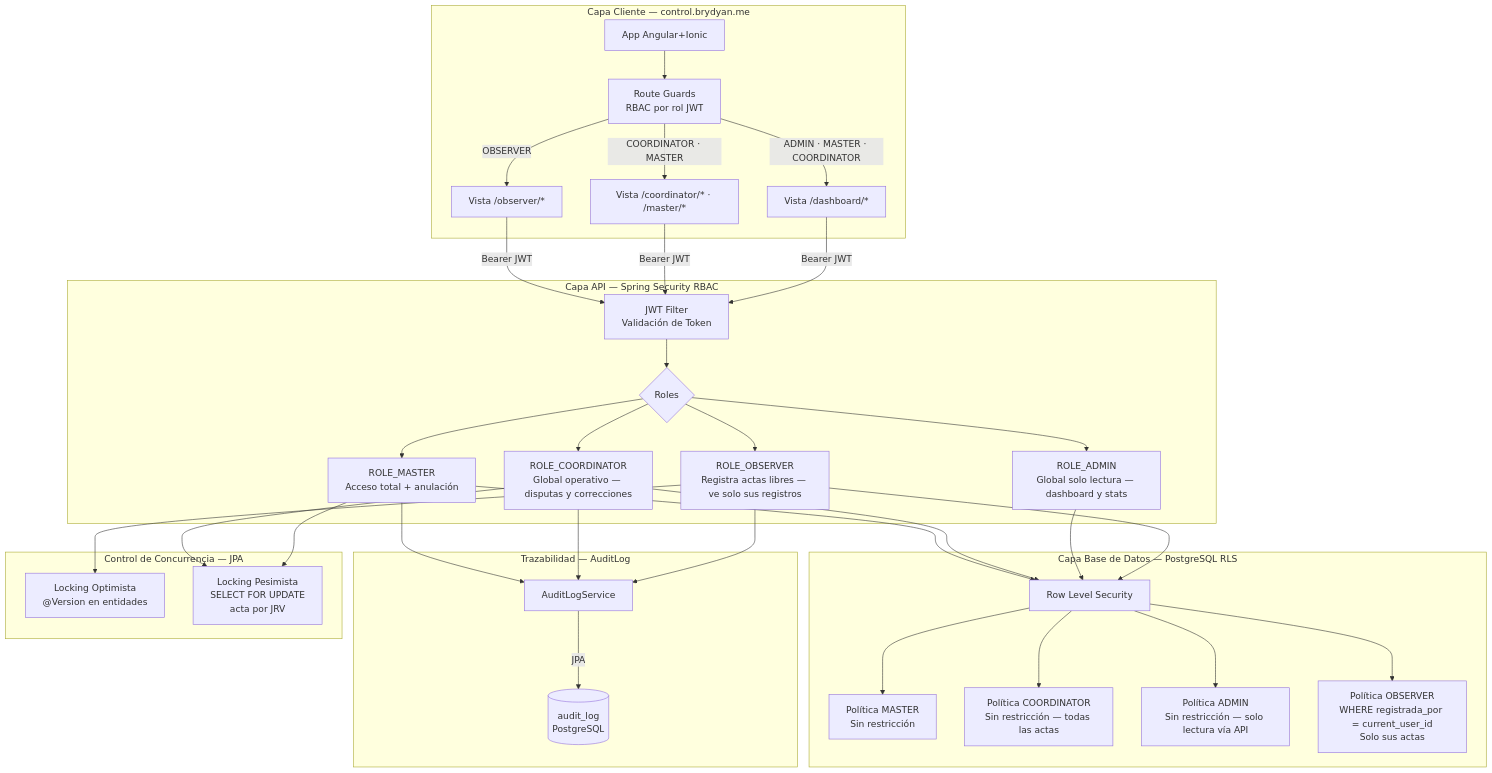
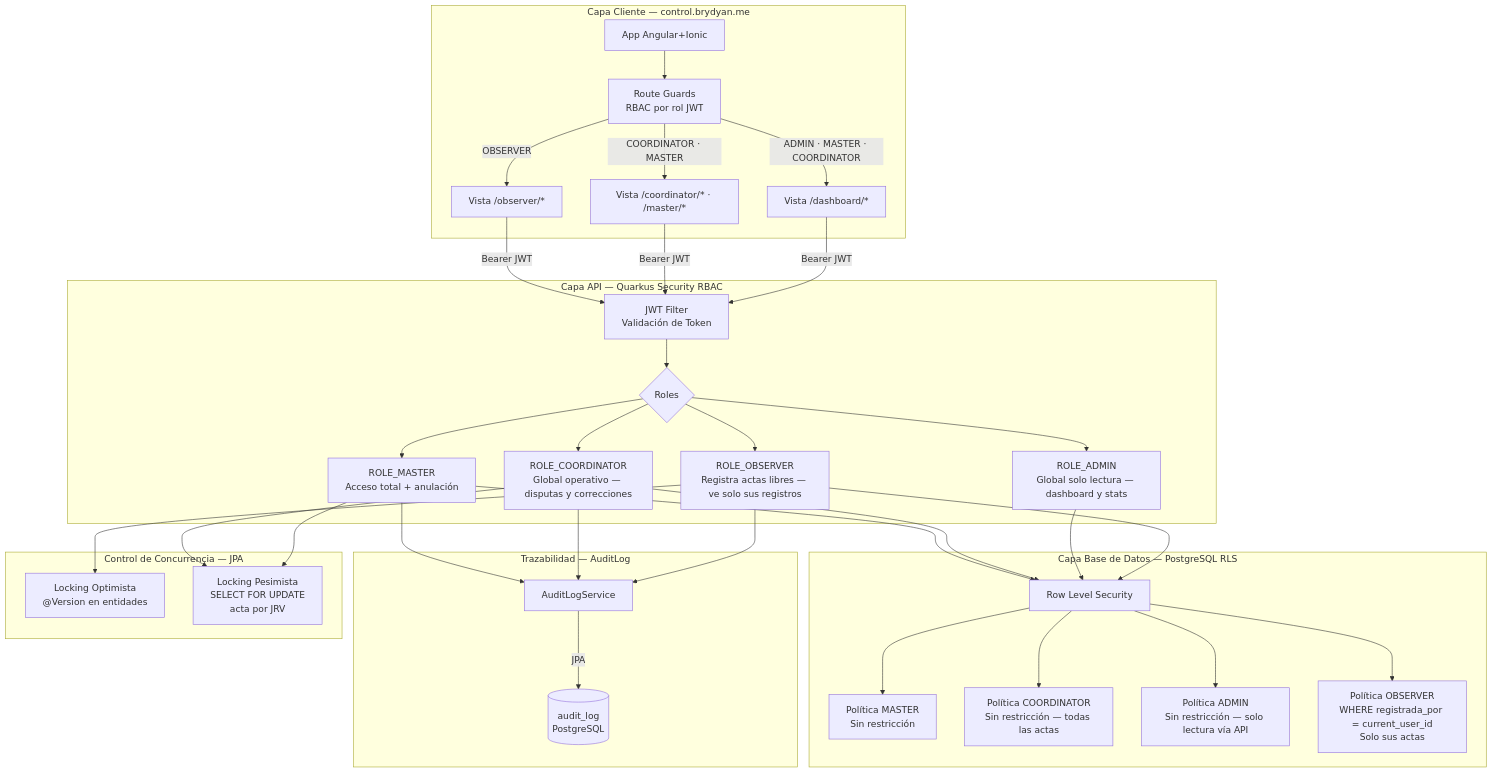
The diagram in documents/diagram/04-security.md (Brydyan/Control-s-Elector), drawn with Mermaid before and after one commit. The commit also changed 46 other files, not shown here.

````diff
--- a/documents/diagram/04-security.md
+++ b/documents/diagram/04-security.md
@@ -5,71 +5,71 @@
 ```mermaid
 graph TD
     subgraph CLIENT["Capa Cliente — control.brydyan.me"]
         APP[App Angular+Ionic]
         GUARD[Route Guards<br/>RBAC por rol JWT]
         V_OBS[Vista /observer/*]
         V_COORD[Vista /coordinator/* · /master/*]
         V_DASH[Vista /dashboard/*]
 
         APP --> GUARD
         GUARD -->|OBSERVER| V_OBS
         GUARD -->|COORDINATOR · MASTER| V_COORD
         GUARD -->|ADMIN · MASTER · COORDINATOR| V_DASH
     end
 
-    subgraph API_SEC["Capa API — Spring Security RBAC"]
+    subgraph API_SEC["Capa API — Quarkus Security RBAC"]
         JWT[JWT Filter<br/>Validación de Token]
         ROLES{Roles}
         R_MASTER[ROLE_MASTER<br/>Acceso total + anulación]
         R_COORD[ROLE_COORDINATOR<br/>Global operativo — disputas y correcciones]
         R_ADMIN[ROLE_ADMIN<br/>Global solo lectura — dashboard y stats]
         R_OBS[ROLE_OBSERVER<br/>Registra actas libres — ve solo sus registros]
 
         JWT --> ROLES
         ROLES --> R_MASTER
         ROLES --> R_COORD
         ROLES --> R_ADMIN
         ROLES --> R_OBS
     end
 
     subgraph DB_SEC["Capa Base de Datos — PostgreSQL RLS"]
         RLS[Row Level Security]
         POL_MASTER[Política MASTER<br/>Sin restricción]
         POL_COORD[Política COORDINATOR<br/>Sin restricción — todas las actas]
         POL_ADMIN[Política ADMIN<br/>Sin restricción — solo lectura vía API]
         POL_OBS[Política OBSERVER<br/>WHERE registrada_por = current_user_id<br/>Solo sus actas]
 
         RLS --> POL_MASTER
         RLS --> POL_COORD
         RLS --> POL_ADMIN
         RLS --> POL_OBS
     end
 
     subgraph AUDIT["Trazabilidad — AuditLog"]
         AUDIT_SVC[AuditLogService]
         AUDIT_TBL[(audit_log<br/>PostgreSQL)]
         AUDIT_SVC -->|JPA| AUDIT_TBL
     end
 
     subgraph CONCURRENCY["Control de Concurrencia — JPA"]
         OPT[Locking Optimista<br/>@Version en entidades]
         PES[Locking Pesimista<br/>SELECT FOR UPDATE<br/>acta por JRV]
     end
 
     V_OBS -->|Bearer JWT| JWT
     V_COORD -->|Bearer JWT| JWT
     V_DASH -->|Bearer JWT| JWT
 
     R_MASTER --> RLS
     R_COORD --> RLS
     R_ADMIN --> RLS
     R_OBS --> RLS
 
     R_OBS --> OPT
     R_COORD --> PES
     R_MASTER --> PES
 
     R_MASTER --> AUDIT_SVC
     R_COORD --> AUDIT_SVC
     R_OBS --> AUDIT_SVC
 ```
````
